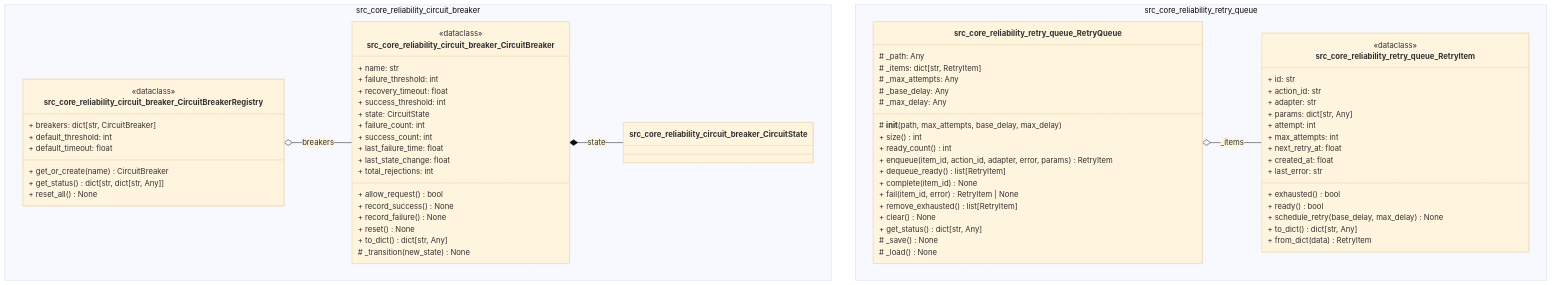
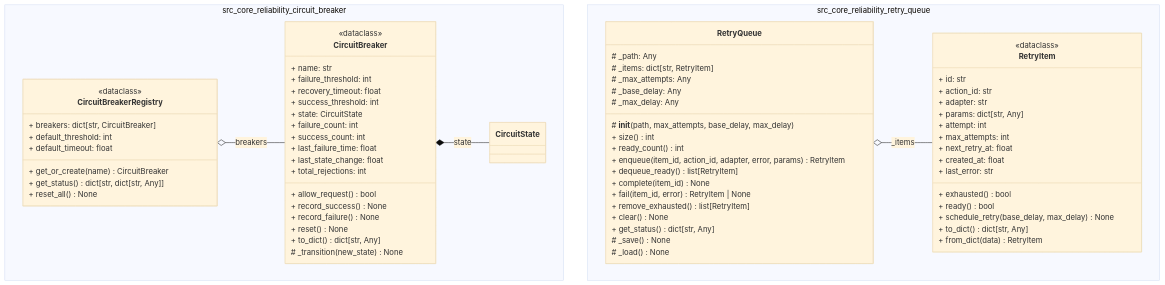
Before and after one commit to cyberpunk042/devops-control-plane: diagram 17 of 35 in docs/diagrams/class_architecture.md, drawn with Mermaid (base theme). The commit also changed other lines of this file and 3 other files, not shown here.

````diff
--- a/docs/diagrams/class_architecture.md
+++ b/docs/diagrams/class_architecture.md
@@ -828,80 +828,80 @@
 ```mermaid
 classDiagram
     direction TD
 
     namespace src_core_reliability_circuit_breaker {
-        class src_core_reliability_circuit_breaker_CircuitBreaker {
+        class CircuitBreaker {
             <<dataclass>>
             + name: str
             + failure_threshold: int
             + recovery_timeout: float
             + success_threshold: int
             + state: CircuitState
             + failure_count: int
             + success_count: int
             + last_failure_time: float
             + last_state_change: float
             + total_rejections: int
             + allow_request() bool
             + record_success() None
             + record_failure() None
             + reset() None
             + to_dict() dict[str, Any]
             # _transition(new_state) None
         }
-        class src_core_reliability_circuit_breaker_CircuitBreakerRegistry {
+        class CircuitBreakerRegistry {
             <<dataclass>>
             + breakers: dict[str, CircuitBreaker]
             + default_threshold: int
             + default_timeout: float
             + get_or_create(name) CircuitBreaker
             + get_status() dict[str, dict[str, Any]]
             + reset_all() None
         }
-        class src_core_reliability_circuit_breaker_CircuitState {
+        class CircuitState {
         }
     }
 
     namespace src_core_reliability_retry_queue {
-        class src_core_reliability_retry_queue_RetryItem {
+        class RetryItem {
             <<dataclass>>
             + id: str
             + action_id: str
             + adapter: str
             + params: dict[str, Any]
             + attempt: int
             + max_attempts: int
             + next_retry_at: float
             + created_at: float
             + last_error: str
             + exhausted() bool
             + ready() bool
             + schedule_retry(base_delay, max_delay) None
             + to_dict() dict[str, Any]
             + from_dict(data) RetryItem
         }
-        class src_core_reliability_retry_queue_RetryQueue {
+        class RetryQueue {
             # _path: Any
             # _items: dict[str, RetryItem]
             # _max_attempts: Any
             # _base_delay: Any
             # _max_delay: Any
             # __init__(path, max_attempts, base_delay, max_delay)
             + size() int
             + ready_count() int
             + enqueue(item_id, action_id, adapter, error, params) RetryItem
             + dequeue_ready() list[RetryItem]
             + complete(item_id) None
             + fail(item_id, error) RetryItem | None
             + remove_exhausted() list[RetryItem]
             + clear() None
             + get_status() dict[str, Any]
             # _save() None
             # _load() None
         }
     }
 
-    src_core_reliability_circuit_breaker_CircuitBreaker *-- src_core_reliability_circuit_breaker_CircuitState : state
-    src_core_reliability_circuit_breaker_CircuitBreakerRegistry o-- src_core_reliability_circuit_breaker_CircuitBreaker : breakers
-    src_core_reliability_retry_queue_RetryQueue o-- src_core_reliability_retry_queue_RetryItem : _items
+    CircuitBreaker *-- CircuitState : state
+    CircuitBreakerRegistry o-- CircuitBreaker : breakers
+    RetryQueue o-- RetryItem : _items
 ```
````
